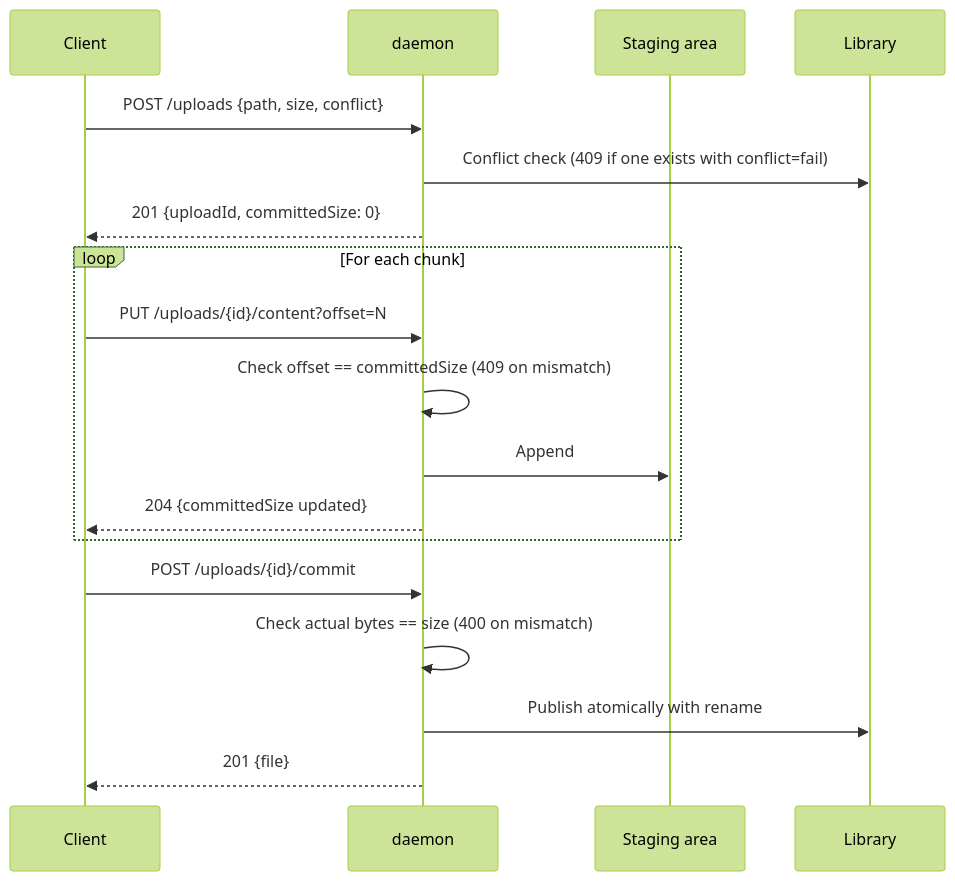
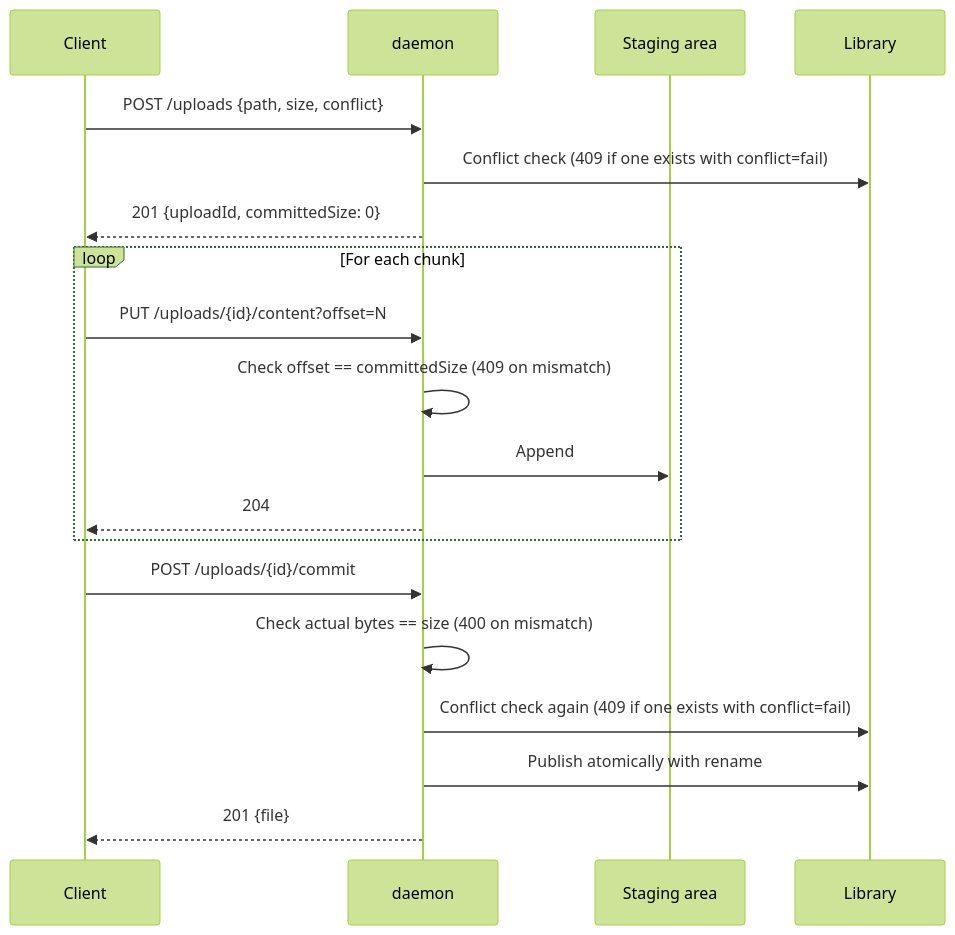
Before and after one commit to omnius-labs/pxna: the second of 3 diagrams in docs/design.md, drawn with Mermaid (forest theme). The commit also changed other lines of this file, not shown here.

First line of the commit message:
docs: fix diagrams and inconsistencies in design.md

````diff
--- a/docs/design.md
+++ b/docs/design.md
@@ -529,23 +538,24 @@
 ```mermaid
 sequenceDiagram
     participant C as Client
     participant D as daemon
     participant S as Staging area
     participant L as Library
 
     C->>D: POST /uploads {path, size, conflict}
     D->>L: Conflict check (409 if one exists with conflict=fail)
     D-->>C: 201 {uploadId, committedSize: 0}
 
     loop For each chunk
         C->>D: PUT /uploads/{id}/content?offset=N
         D->>D: Check offset == committedSize (409 on mismatch)
         D->>S: Append
-        D-->>C: 204 {committedSize updated}
+        D-->>C: 204
     end
 
     C->>D: POST /uploads/{id}/commit
     D->>D: Check actual bytes == size (400 on mismatch)
+    D->>L: Conflict check again (409 if one exists with conflict=fail)
     D->>L: Publish atomically with rename
     D-->>C: 201 {file}
 ```
````
